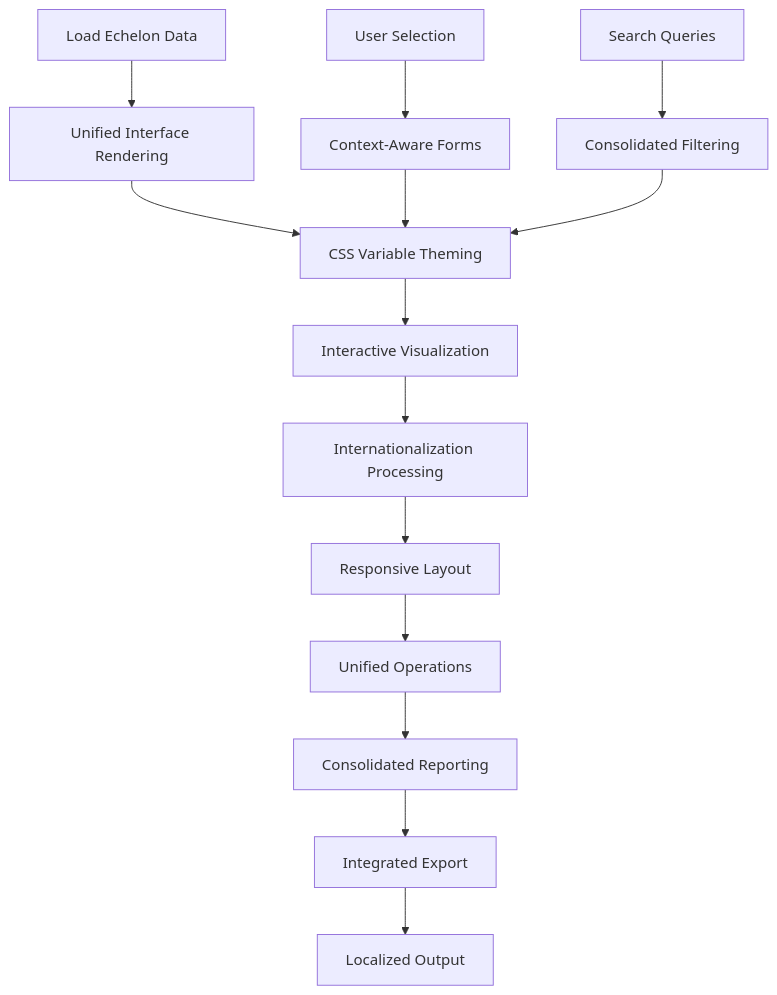
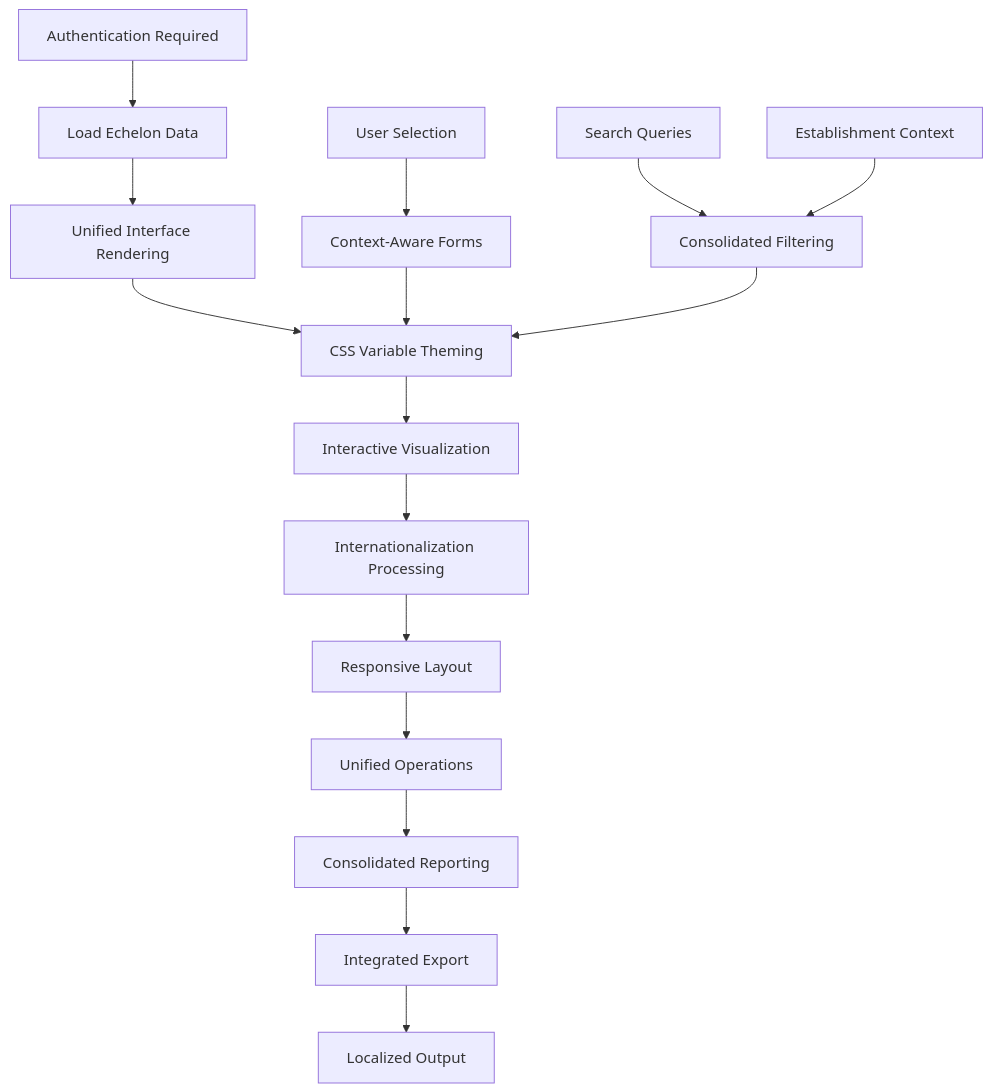
Before and after one commit to franckylab/eLISAschool: the sixth of 10 diagrams in .qoder/repowiki/en/content/Human Resources Management/Personnel Administration/Organizational Structure.md, drawn with Mermaid. The commit also changed other lines of this file and 49 other files, not shown here.

````diff
--- a/.qoder/repowiki/en/content/Human Resources Management/Personnel Administration/Organizational Structure.md
+++ b/.qoder/repowiki/en/content/Human Resources Management/Personnel Administration/Organizational Structure.md
@@ -312,16 +335,18 @@
 ```mermaid
 flowchart TD
 A["Load Echelon Data"] --> B["Unified Interface Rendering"]
 C["User Selection"] --> D["Context-Aware Forms"]
 E["Search Queries"] --> F["Consolidated Filtering"]
 B --> G["CSS Variable Theming"]
 D --> G
 F --> G
 G --> H["Interactive Visualization"]
 H --> I["Internationalization Processing"]
 I --> J["Responsive Layout"]
 J --> K["Unified Operations"]
 K --> L["Consolidated Reporting"]
 L --> M["Integrated Export"]
 M --> N["Localized Output"]
+O["Authentication Required"] --> A
+P["Establishment Context"] --> F
 ```
````
